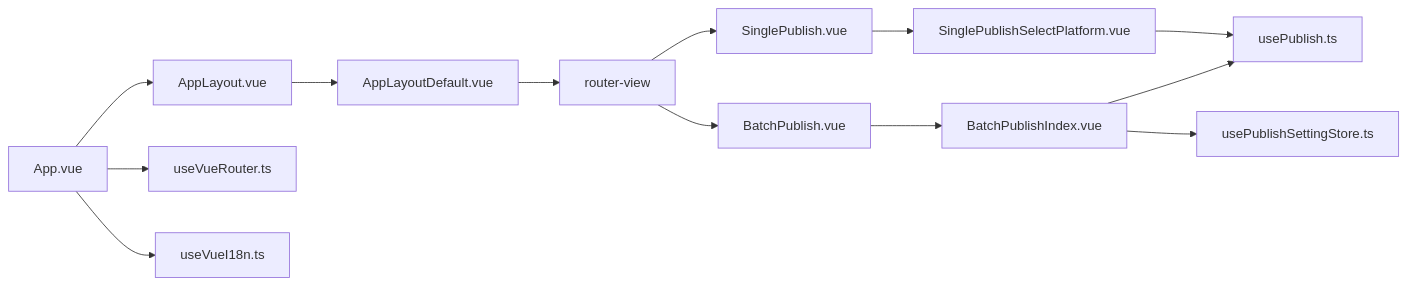
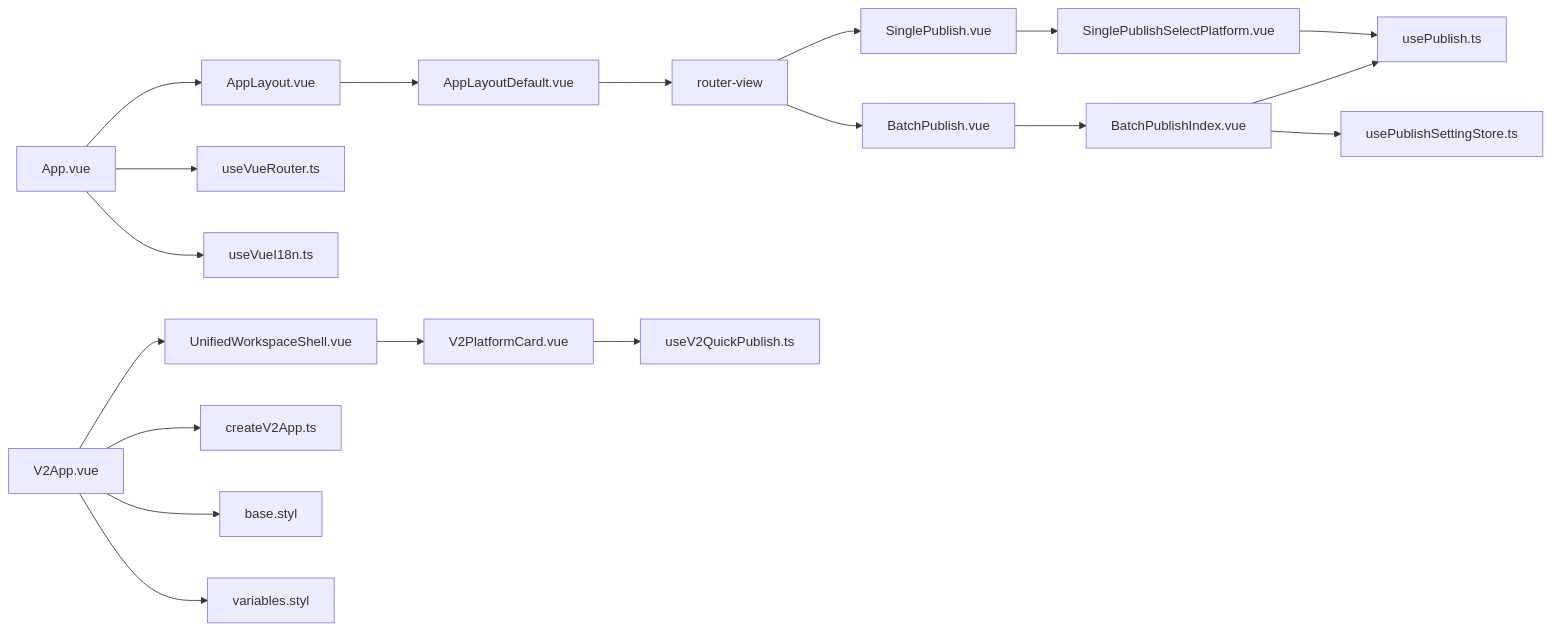
Before and after one commit to terwer/siyuan-plugin-publisher: the fifth of 5 diagrams in .qoder/repowiki/zh/content/核心架构/组件架构设计/组件架构设计.md, drawn with Mermaid. The commit also changed other lines of this file and 18 other files, not shown here.

First line of the commit message:
docs(core-architecture): add detailed Composition API design patterns document

````diff
--- a/.qoder/repowiki/zh/content/核心架构/组件架构设计/组件架构设计.md
+++ b/.qoder/repowiki/zh/content/核心架构/组件架构设计/组件架构设计.md
@@ -240,15 +355,21 @@
 ```mermaid
 graph LR
 App["App.vue"] --> Layout["AppLayout.vue"]
 Layout --> DefaultLayout["AppLayoutDefault.vue"]
 DefaultLayout --> RouterView["router-view"]
 RouterView --> SPg["SinglePublish.vue"]
 RouterView --> BPg["BatchPublish.vue"]
 SPg --> SSP["SinglePublishSelectPlatform.vue"]
 BPg --> BPI["BatchPublishIndex.vue"]
 SSP --> UP["usePublish.ts"]
 BPI --> UP
 BPI --> Store["usePublishSettingStore.ts"]
 App --> Router["useVueRouter.ts"]
 App --> I18n["useVueI18n.ts"]
+V2App["V2App.vue"] --> UWS["UnifiedWorkspaceShell.vue"]
+UWS --> VPC["V2PlatformCard.vue"]
+VPC --> V2QP["useV2QuickPublish.ts"]
+V2App --> V2Create["createV2App.ts"]
+V2App --> V2Base["base.styl"]
+V2App --> V2Vars["variables.styl"]
 ```
````
